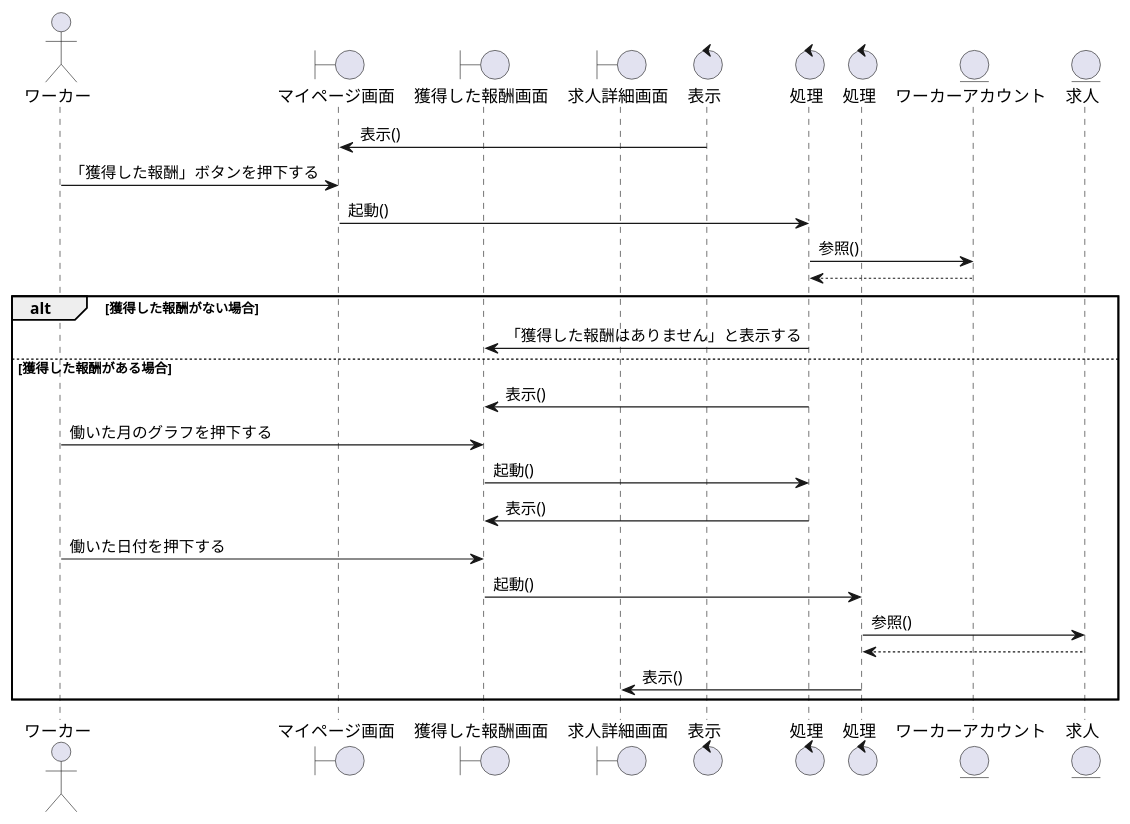
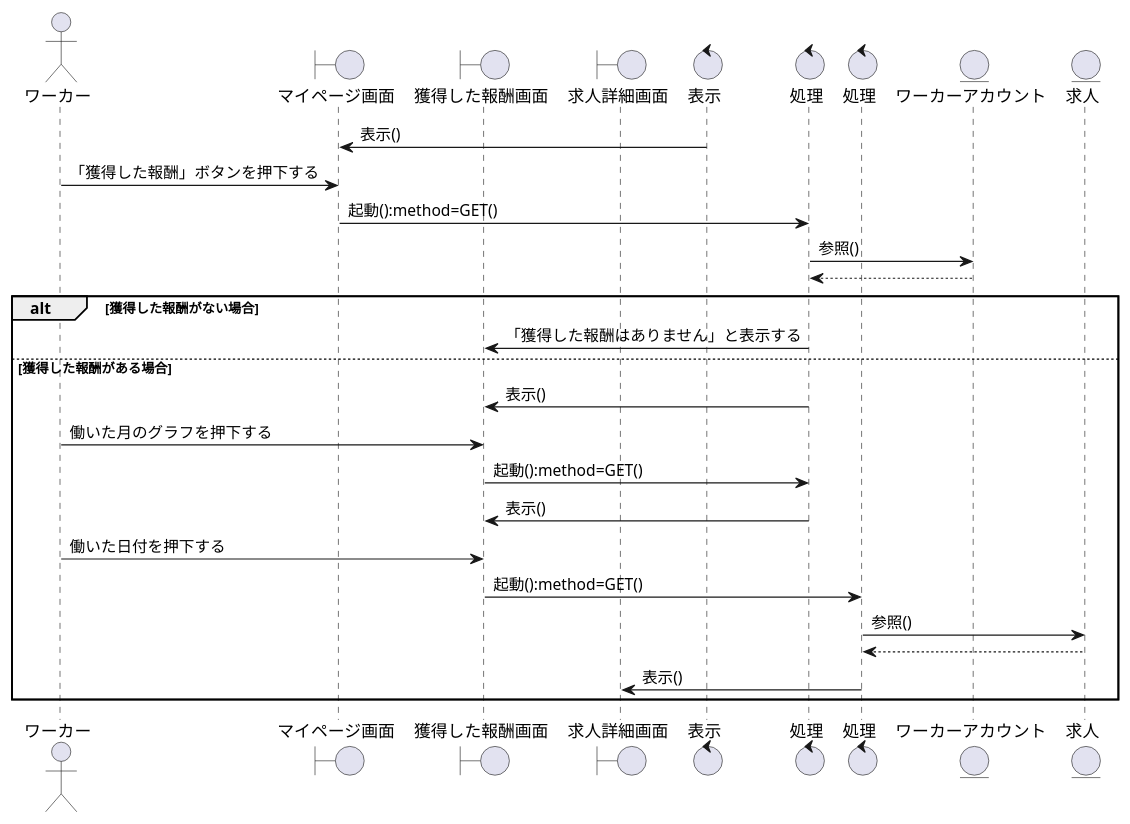
One commit to irukacb256/high_Me changed the diagram in sequence_fig/7_acconts_fn/09_獲得した報酬を閲覧する.pu. Above: the diagram before and after it, drawn with PlantUML. The commit also changed 13 other files, not shown here.

```diff
--- a/sequence_fig/7_acconts_fn/09_獲得した報酬を閲覧する.pu
+++ b/sequence_fig/7_acconts_fn/09_獲得した報酬を閲覧する.pu
@@ -1,40 +1,40 @@
 @startuml 獲得した報酬を閲覧する
 
 actor ワーカー as wo1
 
 boundary マイページ画面 as bo1
 boundary 獲得した報酬画面 as bo2
 boundary 求人詳細画面 as bo3
 
 control 表示 as co1
 control 処理 as co2
 control 処理 as co3
 
 entity ワーカーアカウント as en1
 entity 求人 as en2
 
 co1 -> bo1:表示()
 wo1 -> bo1:「獲得した報酬」ボタンを押下する
-bo1 -> co2:起動()
+bo1 -> co2:起動():method=GET()
 co2 -> en1:参照()
 en1 --> co2
 
 alt 獲得した報酬がない場合
     co2 -> bo2:「獲得した報酬はありません」と表示する
 
 else 獲得した報酬がある場合
     co2 -> bo2:表示()
 
     wo1 -> bo2:働いた月のグラフを押下する
-    bo2 -> co2:起動()
+    bo2 -> co2:起動():method=GET()
     co2 -> bo2:表示()
 
     wo1 -> bo2:働いた日付を押下する
-    bo2 -> co3:起動()
+    bo2 -> co3:起動():method=GET()
     co3 -> en2:参照()
     en2 --> co3
     co3 -> bo3:表示()
 
 end
 
 @enduml
```
